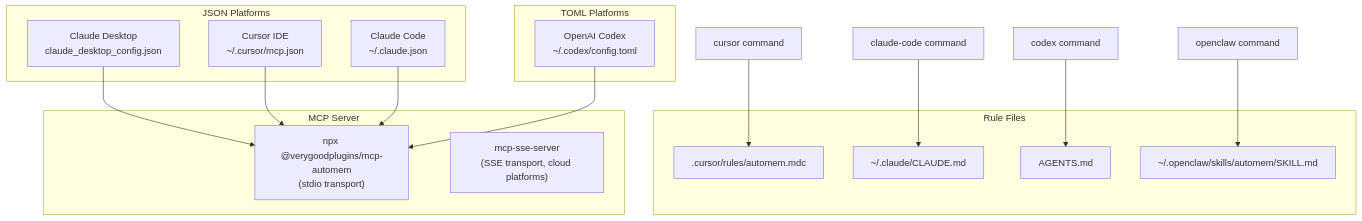
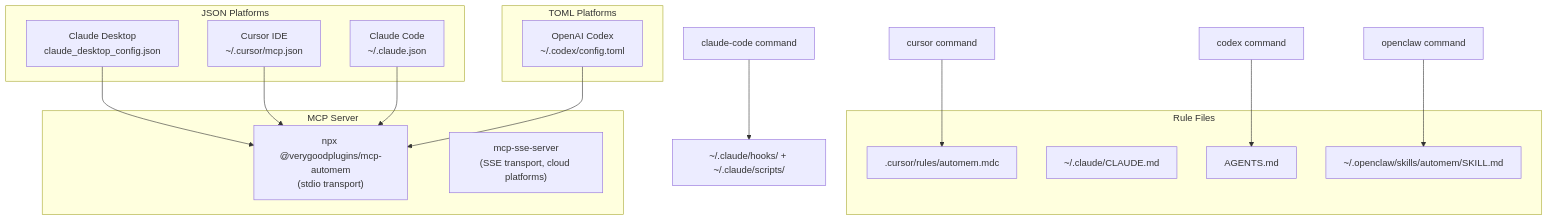
The diagram in src/content/docs/docs/cli/platform-installers.md (verygoodplugins/automem-website), drawn with Mermaid before and after one commit. The commit also changed other lines of this file and 48 other files, not shown here.

````diff
--- a/src/content/docs/docs/cli/platform-installers.md
+++ b/src/content/docs/docs/cli/platform-installers.md
@@ -215,34 +219,34 @@
 ```mermaid
 graph TB
     subgraph "JSON Platforms"
         ClaudeDesktop["Claude Desktop<br/>claude_desktop_config.json"]
         CursorIDE["Cursor IDE<br/>~/.cursor/mcp.json"]
         ClaudeCode["Claude Code<br/>~/.claude.json"]
     end
 
     subgraph "TOML Platforms"
         Codex["OpenAI Codex<br/>~/.codex/config.toml"]
     end
 
     subgraph "Rule Files"
         CursorRules[".cursor/rules/automem.mdc"]
         ClaudeMD["~/.claude/CLAUDE.md"]
         AgentsMD["AGENTS.md"]
         OpenClawSkill["~/.openclaw/skills/automem/SKILL.md"]
     end
 
     subgraph "MCP Server"
         NPX["npx @verygoodplugins/mcp-automem<br/>(stdio transport)"]
         SSE["mcp-sse-server<br/>(SSE transport, cloud platforms)"]
     end
 
     ClaudeDesktop --> NPX
     CursorIDE --> NPX
     ClaudeCode --> NPX
     Codex --> NPX
 
     CursorInstaller["cursor command"] --> CursorRules
-    ClaudeCodeInstaller["claude-code command"] --> ClaudeMD
+    ClaudeCodeInstaller["claude-code command"] --> HookScripts["~/.claude/hooks/ + ~/.claude/scripts/"]
     CodexInstaller["codex command"] --> AgentsMD
     OpenClawInstaller["openclaw command"] --> OpenClawSkill
 ```
````
